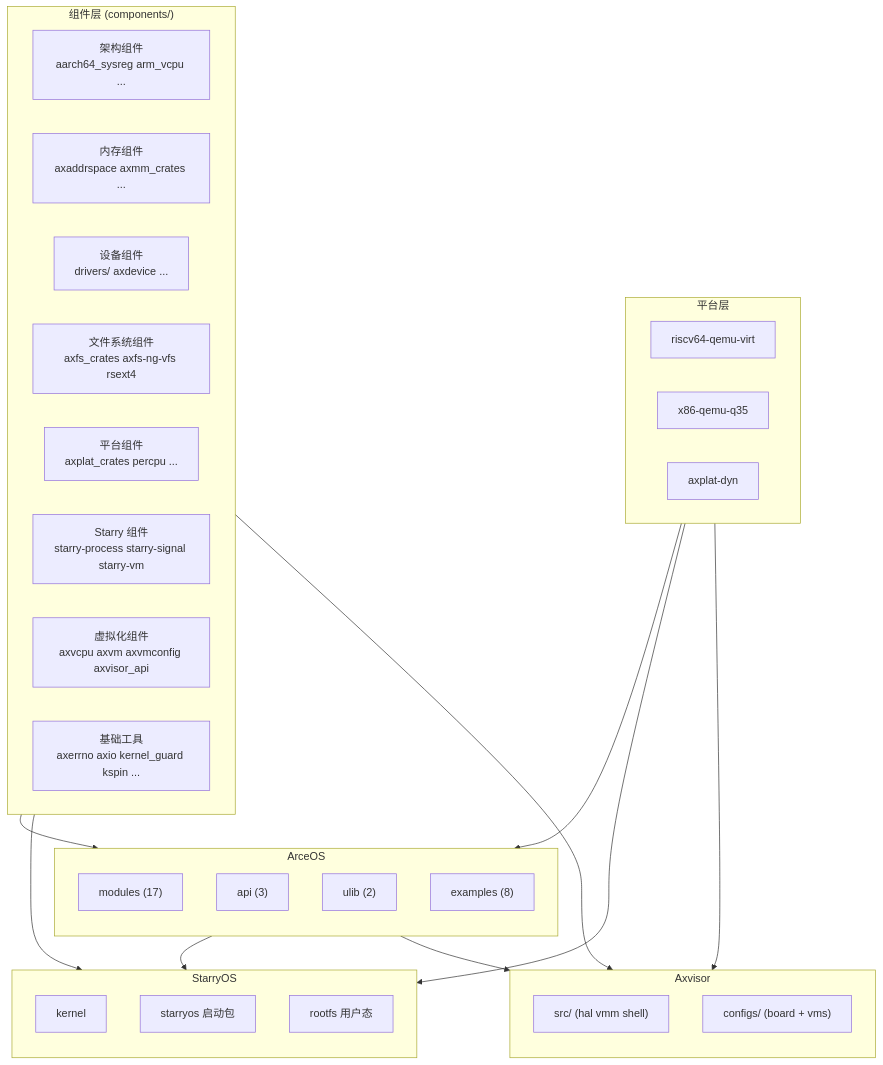
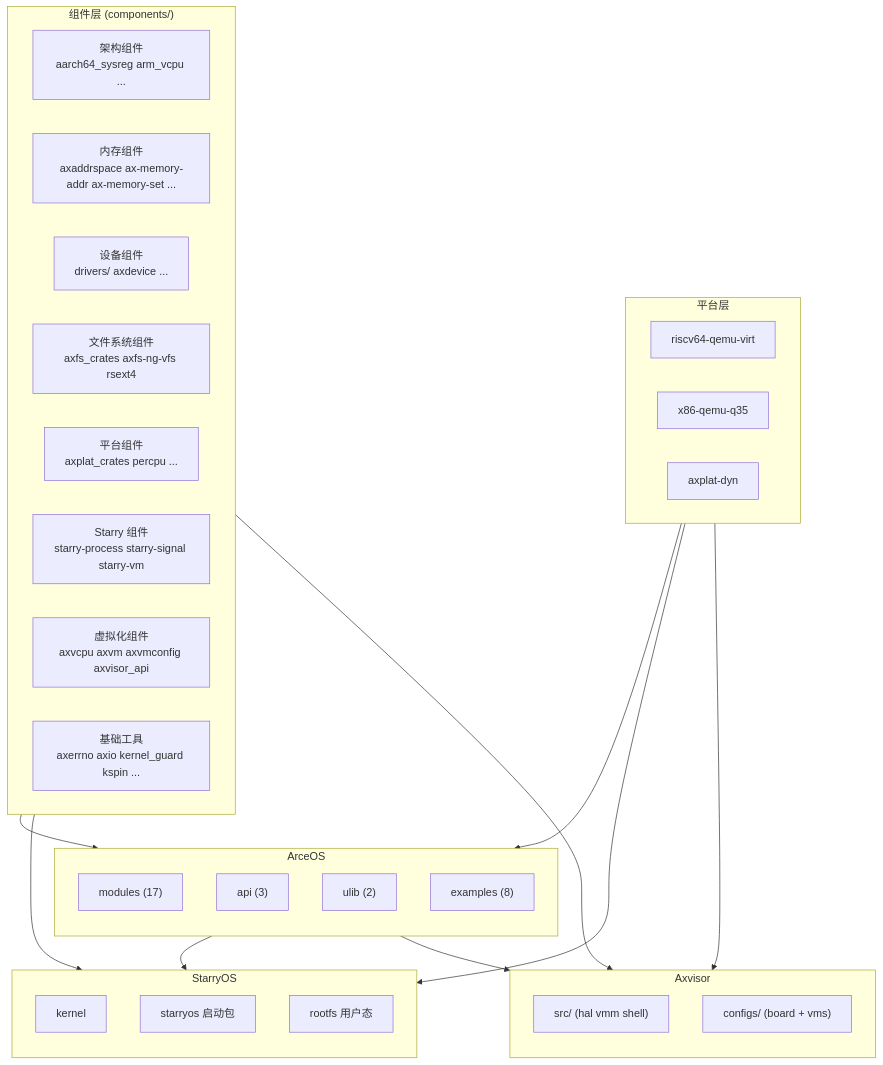
One commit to rcore-os/tgoskits changed the first of 2 diagrams in docs/docs/architecture/overview.md. Above: the diagram before and after it, drawn with Mermaid. The commit also changed 235 other files, not shown here.

````diff
--- a/docs/docs/architecture/overview.md
+++ b/docs/docs/architecture/overview.md
@@ -10,51 +10,51 @@
 ```mermaid
 flowchart TD
     subgraph Components["组件层 (components/)"]
         direction LR
         C1["架构组件<br/>aarch64_sysreg arm_vcpu ..."]
-        C2["内存组件<br/>axaddrspace axmm_crates ..."]
+        C2["内存组件<br/>axaddrspace ax-memory-addr ax-memory-set ..."]
         C3["设备组件<br/>drivers/ axdevice ..."]
         C4["文件系统组件<br/>axfs_crates axfs-ng-vfs rsext4"]
         C5["平台组件<br/>axplat_crates percpu ..."]
         C6["Starry 组件<br/>starry-process starry-signal starry-vm"]
         C7["虚拟化组件<br/>axvcpu axvm axvmconfig axvisor_api"]
         C8["基础工具<br/>axerrno axio kernel_guard kspin ..."]
     end
 
     subgraph ArceOS["ArceOS"]
         direction TB
         AM["modules (17)"]
         AA["api (3)"]
         AU["ulib (2)"]
         AX["examples (8)"]
     end
 
     subgraph StarryOS["StarryOS"]
         direction TB
         SK["kernel"]
         SP["starryos 启动包"]
         SR["rootfs 用户态"]
     end
 
     subgraph Axvisor["Axvisor"]
         direction TB
         AV["src/ (hal vmm shell)"]
         AC["configs/ (board + vms)"]
     end
 
     subgraph Platform["平台层"]
         direction LR
         P1["riscv64-qemu-virt"]
         P2["x86-qemu-q35"]
         P3["axplat-dyn"]
     end
 
     Components --> ArceOS
     Components --> StarryOS
     Components --> Axvisor
     ArceOS --> StarryOS
     ArceOS --> Axvisor
     Platform --> ArceOS
     Platform --> StarryOS
     Platform --> Axvisor
 ```
````
